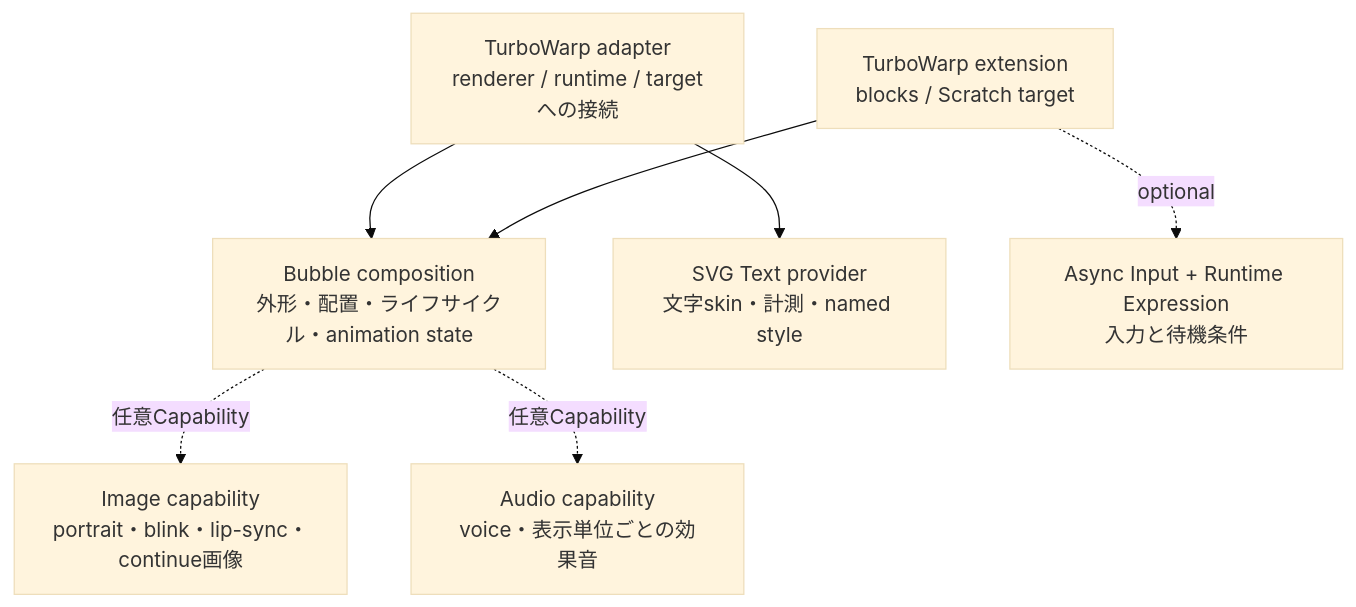
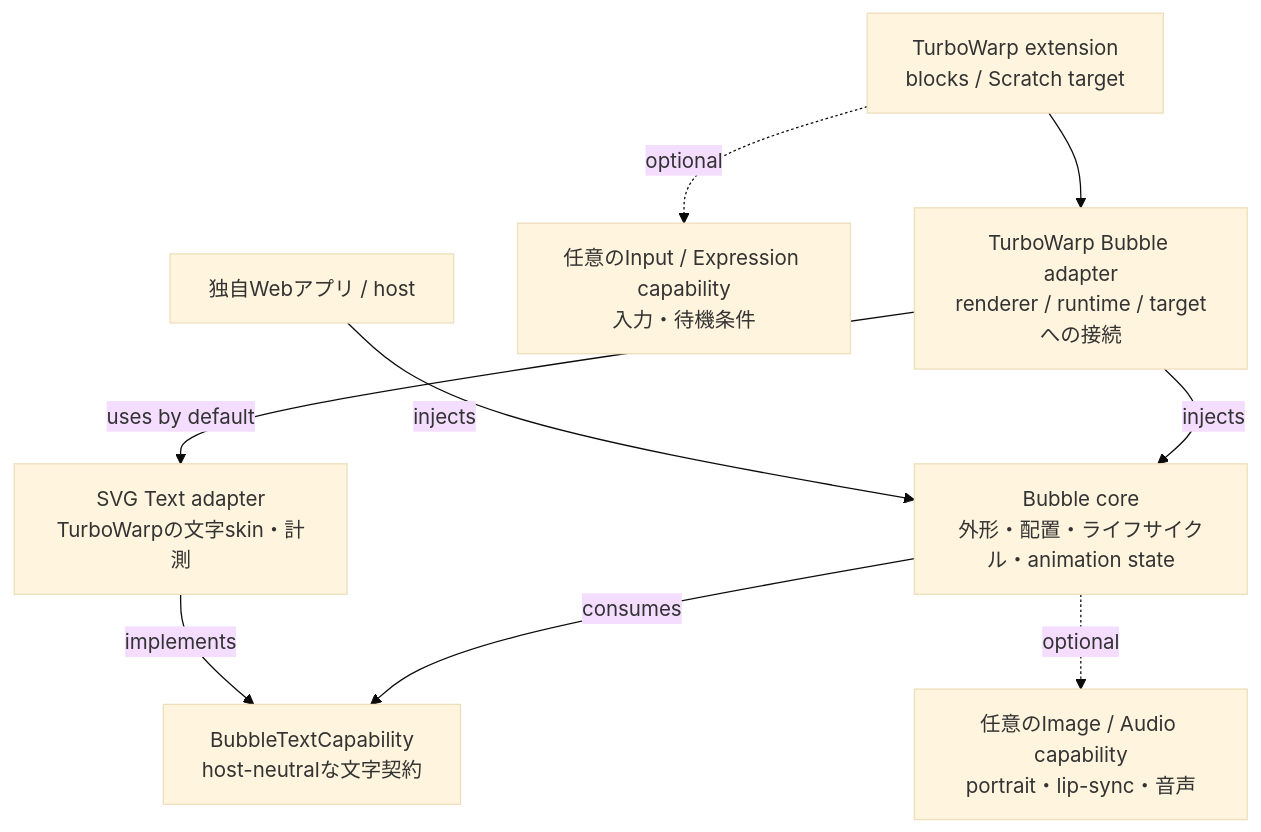
Before and after one commit to kubohiroya/turbowarp-bubble: the second of 6 diagrams in README.md, drawn with Mermaid (base theme). The commit also changed other lines of this file and 22 other files, not shown here.

First line of the commit message:
feat(architecture): separate text capability adapter for 0.4.0 (#47)

````diff
--- a/README.md
+++ b/README.md
@@ -50,16 +50,19 @@
 ```mermaid
 flowchart TB
-  core[Bubble composition\n外形・配置・ライフサイクル・animation state]
-  adapter[TurboWarp adapter\nrenderer / runtime / targetへの接続]
-  text[SVG Text provider\n文字skin・計測・named style]
-  image[Image capability\nportrait・blink・lip-sync・continue画像]
-  audio[Audio capability\nvoice・表示単位ごとの効果音]
-  input[Async Input + Runtime Expression\n入力と待機条件]
-  extension[TurboWarp extension\nblocks / Scratch target]
-  adapter --> core
-  adapter --> text
-  core -.任意Capability.-> image
-  core -.任意Capability.-> audio
-  extension --> core
-  extension -.optional.-> input
+  core["Bubble core\n外形・配置・ライフサイクル・animation state"]
+  contract["BubbleTextCapability\nhost-neutralな文字契約"]
+  twAdapter["TurboWarp Bubble adapter\nrenderer / runtime / targetへの接続"]
+  svgAdapter["SVG Text adapter\nTurboWarpの文字skin・計測"]
+  assets["任意のImage / Audio capability\nportrait・lip-sync・音声"]
+  input["任意のInput / Expression capability\n入力・待機条件"]
+  host["独自Webアプリ / host"]
+  extension["TurboWarp extension\nblocks / Scratch target"]
+  core -->|"consumes"| contract
+  svgAdapter -->|"implements"| contract
+  twAdapter -->|"injects"| core
+  twAdapter -->|"uses by default"| svgAdapter
+  host -->|"injects"| core
+  core -."optional".-> assets
+  extension --> twAdapter
+  extension -."optional".-> input
 ```
````
